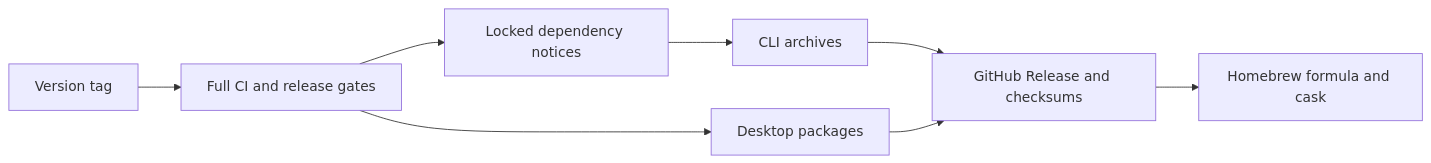
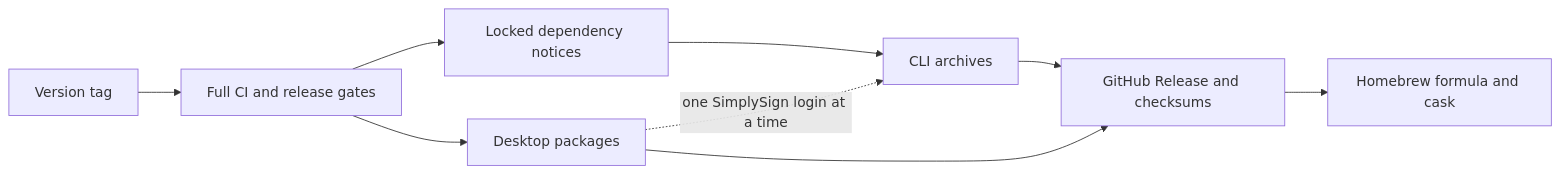
The first of 2 diagrams in docs/development/releasing.md (russmckendrick/azdocs), drawn with Mermaid before and after one commit. The commit also changed other lines of this file and 6 other files, not shown here.

First line of the commit message:
Sign Windows releases with Certum SimplySign

````diff
--- a/docs/development/releasing.md
+++ b/docs/development/releasing.md
@@ -10,9 +10,10 @@
 ```mermaid
 flowchart LR
     tag[Version tag] --> checks[Full CI and release gates]
     checks --> notices[Locked dependency notices]
     notices --> cli[CLI archives]
     checks --> desktop[Desktop packages]
+    desktop -. one SimplySign login at a time .-> cli
     cli & desktop --> release[GitHub Release and checksums]
     release --> tap[Homebrew formula and cask]
 ```
````
